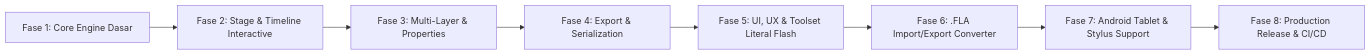
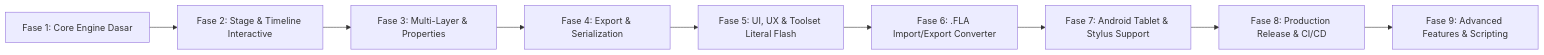
The second of 2 diagrams in ROADMAP.md (boneboxid/REanimate), drawn with Mermaid before and after one commit. The commit also changed other lines of this file, not shown here.

First line of the commit message:
docs: Update ROADMAP.md with advanced Adobe Animate features

````diff
--- a/ROADMAP.md
+++ b/ROADMAP.md
@@ -149,10 +149,11 @@
 ```mermaid
 flowchart LR
     Fase1["Fase 1: Core Engine Dasar"] --> Fase2["Fase 2: Stage & Timeline Interactive"]
     Fase2 --> Fase3["Fase 3: Multi-Layer & Properties"]
     Fase3 --> Fase4["Fase 4: Export & Serialization"]
     Fase4 --> Fase5["Fase 5: UI, UX & Toolset Literal Flash"]
     Fase5 --> Fase6["Fase 6: .FLA Import/Export Converter"]
     Fase6 --> Fase7["Fase 7: Android Tablet & Stylus Support"]
     Fase7 --> Fase8["Fase 8: Production Release & CI/CD"]
+    Fase8 --> Fase9["Fase 9: Advanced Features & Scripting"]
 ```
````
